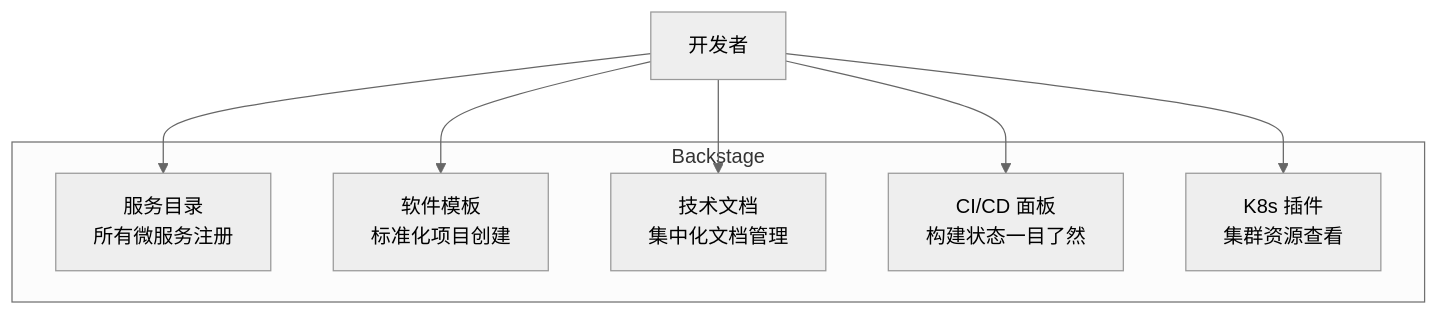
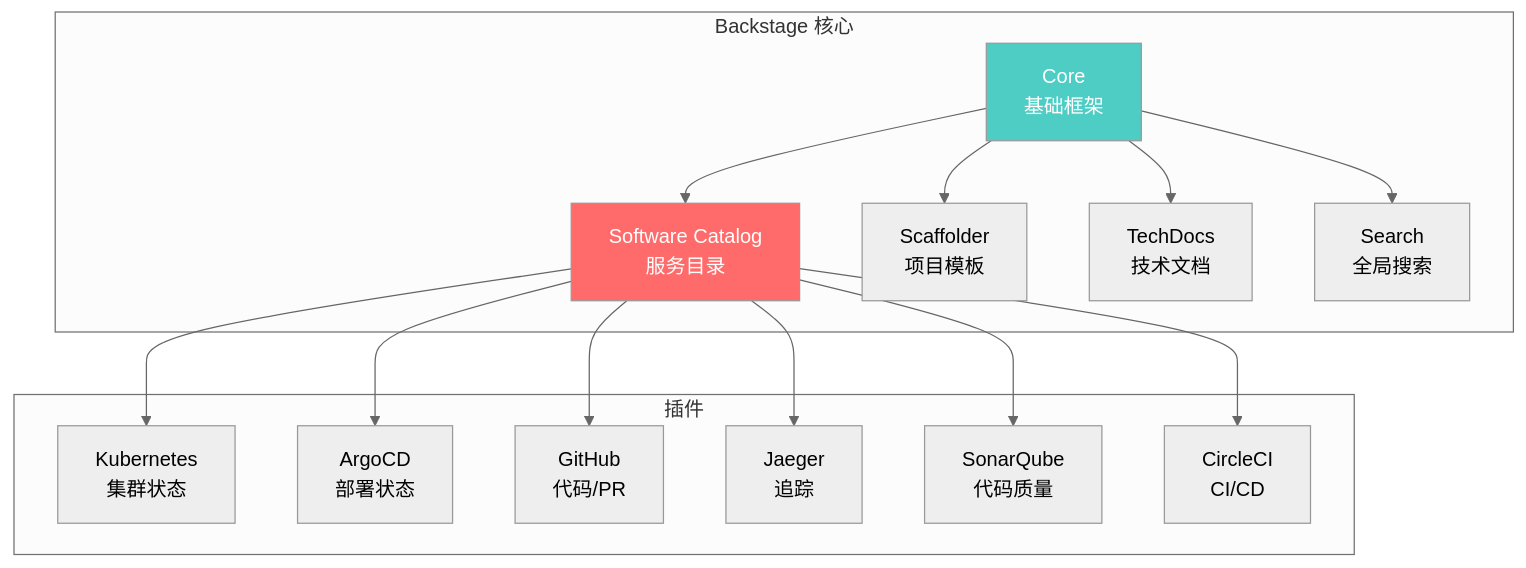
The tenth of 11 diagrams in src/运维与部署/Docker_K8s/08_云原生生态/03_云原生工具链.md (moklgydocs/moklgydocs.github.io), drawn with Mermaid (neutral theme) before and after one commit. The commit also changed other lines of this file and 1 other file, not shown here.

````diff
--- a/src/运维与部署/Docker_K8s/08_云原生生态/03_云原生工具链.md
+++ b/src/运维与部署/Docker_K8s/08_云原生生态/03_云原生工具链.md
@@ -958,16 +1144,34 @@
 ```mermaid
-flowchart TB
-    subgraph Backstage
-        Catalog["服务目录<br/>所有微服务注册"]
-        Template["软件模板<br/>标准化项目创建"]
-        Docs["技术文档<br/>集中化文档管理"]
-        CI["CI/CD 面板<br/>构建状态一目了然"]
-        K8sView["K8s 插件<br/>集群资源查看"]
+graph TB
+    subgraph "Backstage 核心"
+        CORE["Core<br/>基础框架"]
+        CAT["Software Catalog<br/>服务目录"]
+        TMPL["Scaffolder<br/>项目模板"]
+        TECHDOCS["TechDocs<br/>技术文档"]
+        SEARCH["Search<br/>全局搜索"]
     end
 
-    Dev["开发者"] --> Catalog
-    Dev --> Template
-    Dev --> Docs
-    Dev --> CI
-    Dev --> K8sView
+    subgraph "插件"
+        K8S["Kubernetes<br/>集群状态"]
+        ARGOCD2["ArgoCD<br/>部署状态"]
+        GITHUB["GitHub<br/>代码/PR"]
+        JAEGER2["Jaeger<br/>追踪"]
+        SONAR["SonarQube<br/>代码质量"]
+        CIRCLECI["CircleCI<br/>CI/CD"]
+    end
+
+    CORE --> CAT
+    CORE --> TMPL
+    CORE --> TECHDOCS
+    CORE --> SEARCH
+
+    CAT --> K8S
+    CAT --> ARGOCD2
+    CAT --> GITHUB
+    CAT --> JAEGER2
+    CAT --> SONAR
+    CAT --> CIRCLECI
+
+    style CORE fill:#4ecdc4,color:#fff
+    style CAT fill:#ff6b6b,color:#fff
 ```
````
